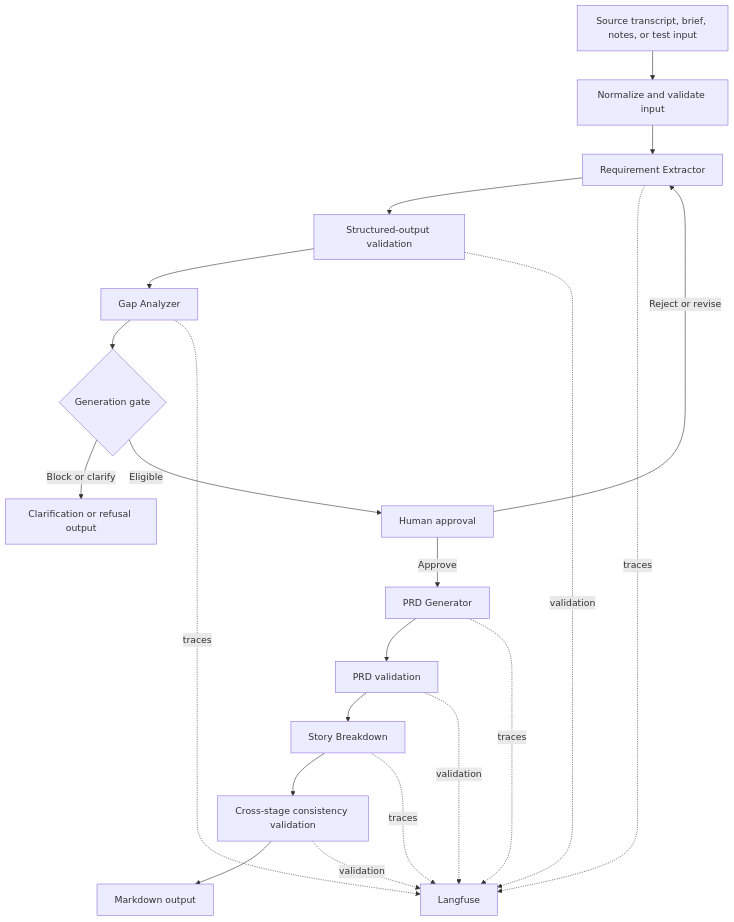
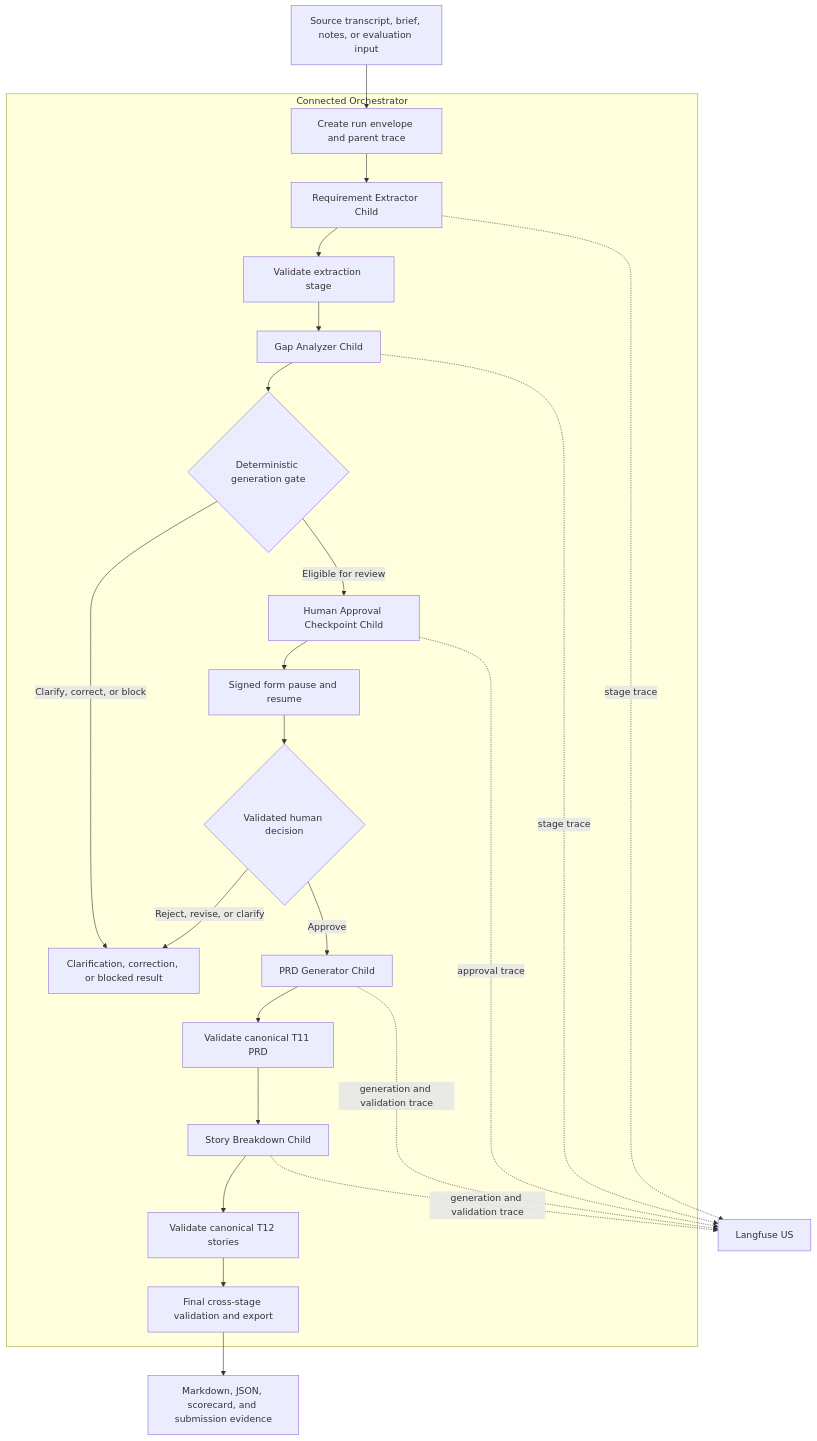
The diagram in docs/architecture/ARCHITECTURE_DESIGN.md (vppuri-vjra/prd-genie), drawn with Mermaid before and after one commit. The commit also changed other lines of this file and 2 other files, not shown here.

Commit message:
Update logical architecture for connected workflow

````diff
--- a/docs/architecture/ARCHITECTURE_DESIGN.md
+++ b/docs/architecture/ARCHITECTURE_DESIGN.md
@@ -32,23 +32,31 @@
 ```mermaid
 flowchart TD
-    A[Source transcript, brief, notes, or test input] --> B[Normalize and validate input]
-    B --> C[Requirement Extractor]
-    C --> D[Structured-output validation]
-    D --> E[Gap Analyzer]
-    E --> F{Generation gate}
-    F -- Block or clarify --> G[Clarification or refusal output]
-    F -- Eligible --> H[Human approval]
-    H -- Reject or revise --> C
-    H -- Approve --> I[PRD Generator]
-    I --> J[PRD validation]
-    J --> K[Story Breakdown]
-    K --> L[Cross-stage consistency validation]
-    L --> M[Markdown output]
-    C -. traces .-> N[Langfuse]
-    E -. traces .-> N
-    I -. traces .-> N
-    K -. traces .-> N
-    D -. validation .-> N
-    J -. validation .-> N
-    L -. validation .-> N
+    A[Source transcript, brief, notes, or evaluation input]
+    subgraph P[Connected Orchestrator]
+        B[Create run envelope and parent trace]
+        C[Requirement Extractor Child]
+        D[Validate extraction stage]
+        E[Gap Analyzer Child]
+        F{Deterministic generation gate}
+        G[Clarification, correction, or blocked result]
+        H[Human Approval Checkpoint Child]
+        I[Signed form pause and resume]
+        J{Validated human decision}
+        K[PRD Generator Child]
+        L[Validate canonical T11 PRD]
+        M[Story Breakdown Child]
+        N[Validate canonical T12 stories]
+        O[Final cross-stage validation and export]
+    end
+    A --> B --> C --> D --> E --> F
+    F -- Clarify, correct, or block --> G
+    F -- Eligible for review --> H --> I --> J
+    J -- Reject, revise, or clarify --> G
+    J -- Approve --> K --> L --> M --> N --> O
+    C -. stage trace .-> LF[Langfuse US]
+    E -. stage trace .-> LF
+    H -. approval trace .-> LF
+    K -. generation and validation trace .-> LF
+    M -. generation and validation trace .-> LF
+    O --> X[Markdown, JSON, scorecard, and submission evidence]
 ```
````
